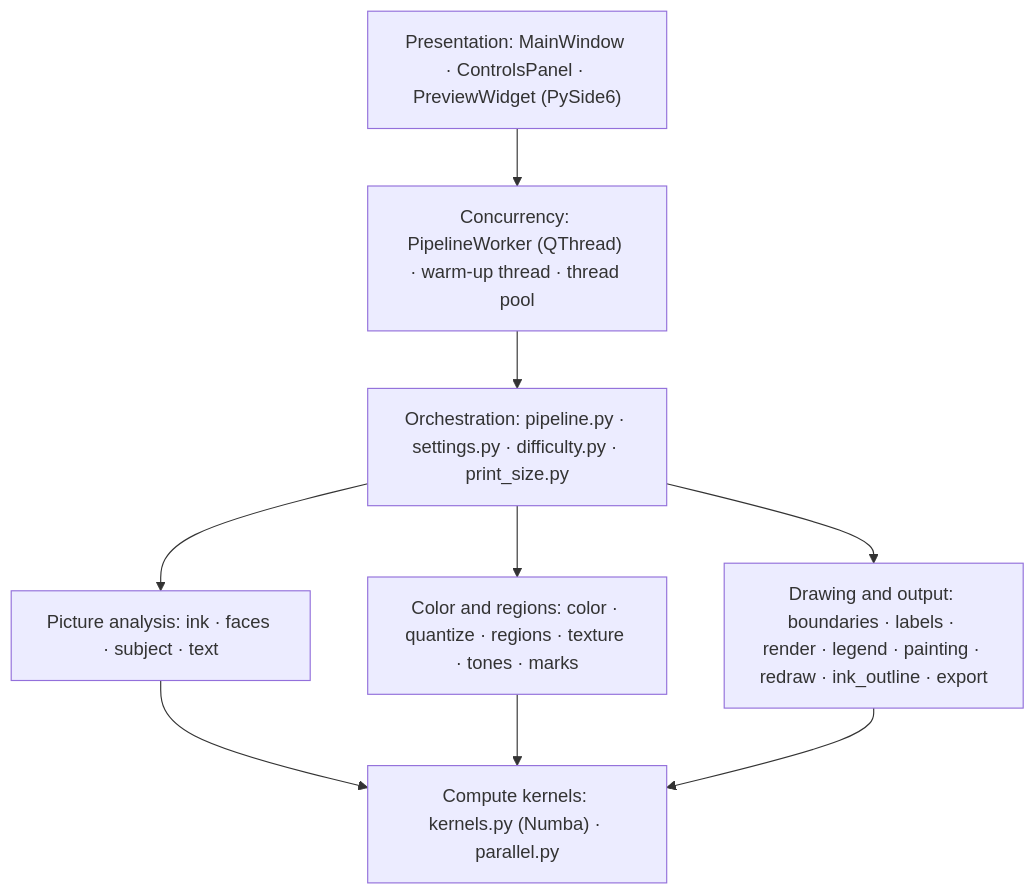
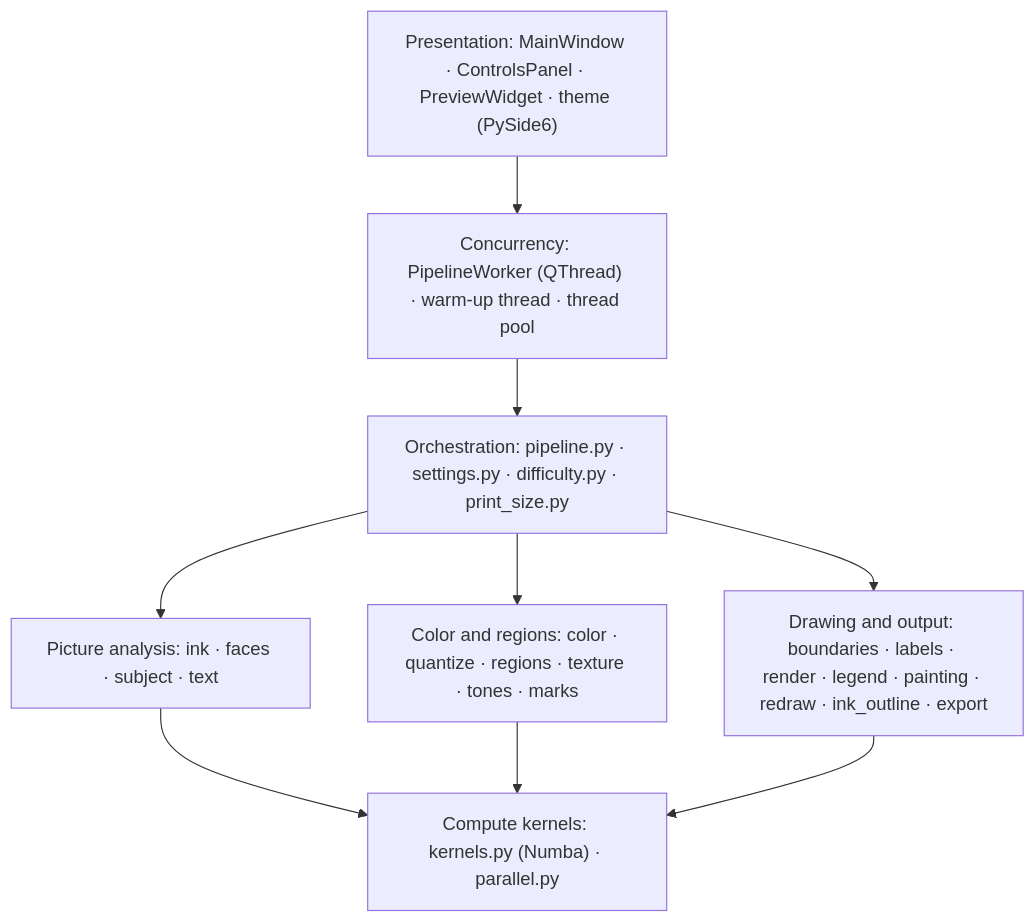
The diagram in wiki/Architecture.md (maximshilo/tessellatum), drawn with Mermaid before and after one commit. The commit also changed other lines of this file and 67 other files, not shown here.

````diff
--- a/wiki/Architecture.md
+++ b/wiki/Architecture.md
@@ -5,13 +5,13 @@
 ```mermaid
 flowchart TB
-    GUI["Presentation: MainWindow · ControlsPanel · PreviewWidget (PySide6)"]
+    GUI["Presentation: MainWindow · ControlsPanel · PreviewWidget · theme (PySide6)"]
     W["Concurrency: PipelineWorker (QThread) · warm-up thread · thread pool"]
     O["Orchestration: pipeline.py · settings.py · difficulty.py · print_size.py"]
     AN["Picture analysis: ink · faces · subject · text"]
     RG["Color and regions: color · quantize · regions · texture · tones · marks"]
     DR["Drawing and output: boundaries · labels · render · legend · painting · redraw · ink_outline · export"]
     K["Compute kernels: kernels.py (Numba) · parallel.py"]
     GUI --> W --> O
     O --> AN & RG & DR
     AN & RG & DR --> K
 ```
````
